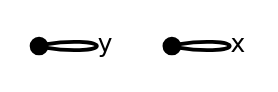
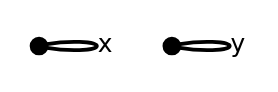
The diagram in docs/_static/cmap/scalar-loop.dot (discopy/discopy), drawn with Graphviz before and after one commit. The commit also changed 59 other files, not shown here.

```diff
--- a/docs/_static/cmap/scalar-loop.dot
+++ b/docs/_static/cmap/scalar-loop.dot
@@ -1,9 +1,9 @@
 graph cmap {
   graph [bgcolor="white", fontname="DejaVu Sans", layout="dot", margin="0.04", outputorder="edgesfirst", overlap="false", rankdir="TB", splines="true"];
   node [color="black", fontname="DejaVu Sans", fontsize="12", margin="0", shape="plain"];
   edge [color="black", fontname="DejaVu Sans", fontsize="9", headclip="true", penwidth="1.4", tailclip="true"];
-  loop0 [height="0.08", label="", shape="point", tooltip="loop 0: y", width="0.08"];
-  loop0 -- loop0 [label="y", len="0.85"];
-  loop1 [height="0.08", label="", shape="point", tooltip="loop 1: x", width="0.08"];
-  loop1 -- loop1 [label="x", len="0.85"];
+  loop0 [height="0.08", label="", shape="point", tooltip="loop 0: x", width="0.08"];
+  loop0 -- loop0 [label="x", len="0.85"];
+  loop1 [height="0.08", label="", shape="point", tooltip="loop 1: y", width="0.08"];
+  loop1 -- loop1 [label="y", len="0.85"];
 }
```
